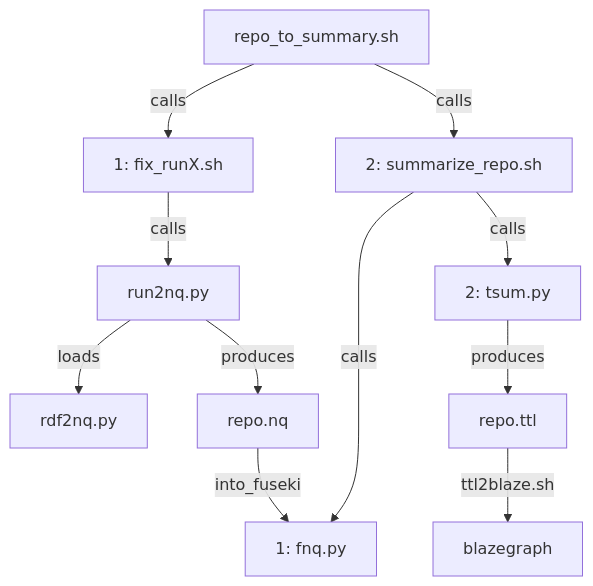
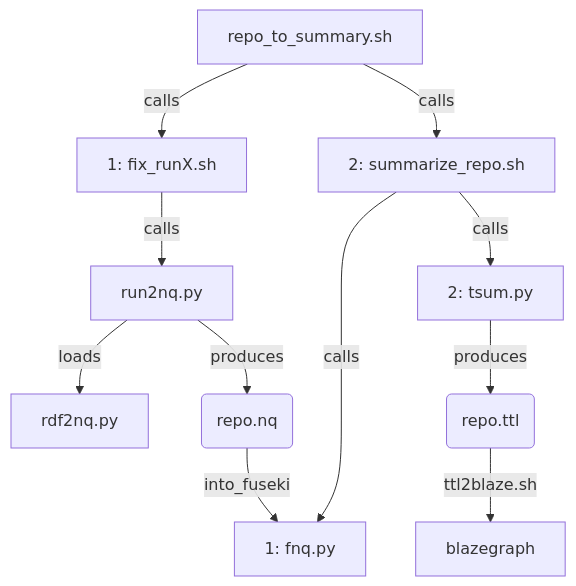
One commit to MBcode/ec changed the diagram in summary/call.md. Above: the diagram before and after it, drawn with Mermaid.

Commit message:
Update call.md
put repo.nq & repo.ttl IO for summarization in curved boxes

````diff
--- a/summary/call.md
+++ b/summary/call.md
@@ -5,9 +5,9 @@
 ```mermaid
 flowchart TD;
 R2S[repo_to_summary.sh]  -- calls --> G[1: fix_runX.sh];
 G -- calls --> r2n[run2nq.py] -- loads --> rdf2[rdf2nq.py];
 R2S -- calls --> SR[2: summarize_repo.sh];
 SR -- calls --> F1[1: fnq.py];
-SR -- calls --> F2[2: tsum.py] -- produces --> RT[repo.ttl] -- ttl2blaze.sh --> B[blazegraph];
-r2n -- produces --> nq[repo.nq] -- into_fuseki --> F1;
+SR -- calls --> F2[2: tsum.py] -- produces --> RT(repo.ttl) -- ttl2blaze.sh --> B[blazegraph];
+r2n -- produces --> nq(repo.nq) -- into_fuseki --> F1;
 ```
````
